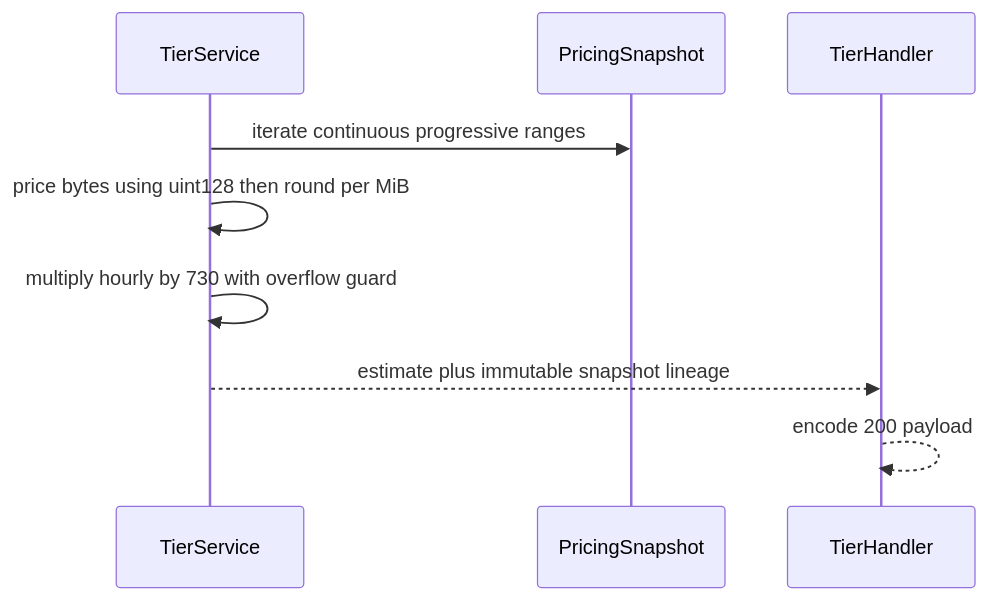
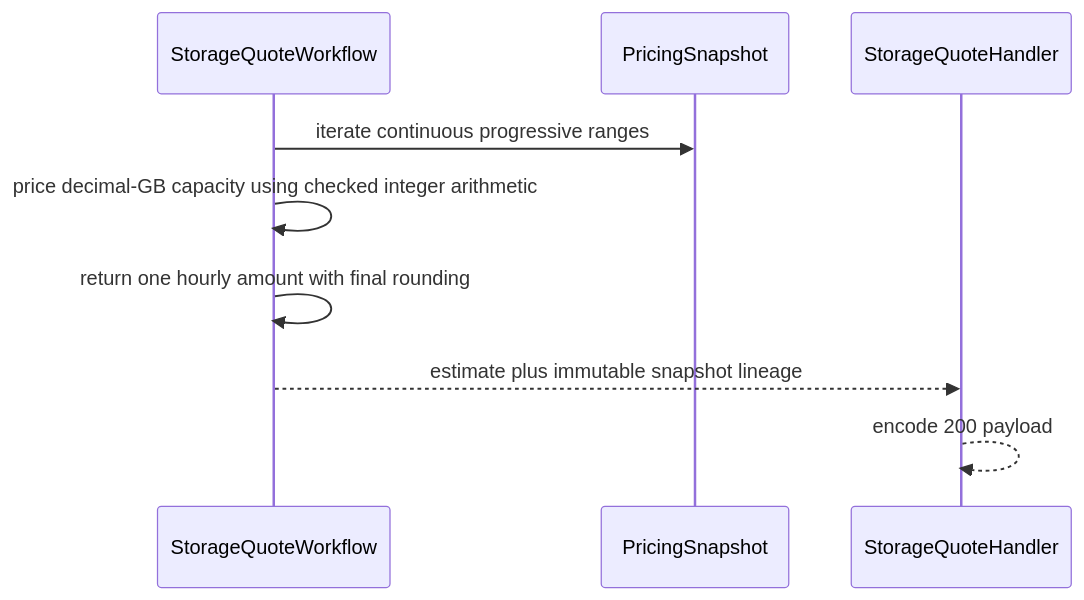
The third of 3 diagrams in god_view/billing/billing_personal_storage_estimate_god_view.md (phucle996/aurora), drawn with Mermaid before and after one commit. The commit also changed other lines of this file and 10 other files, not shown here.

Commit message:
refactor(storage): switch quote and UI to hourly payg

````diff
--- a/god_view/billing/billing_personal_storage_estimate_god_view.md
+++ b/god_view/billing/billing_personal_storage_estimate_god_view.md
@@ -135,11 +145,11 @@
 ```mermaid
 sequenceDiagram
-    participant S as TierService
+    participant S as StorageQuoteWorkflow
     participant PS as PricingSnapshot
-    participant H as TierHandler
+    participant H as StorageQuoteHandler
     S->>PS: iterate continuous progressive ranges
-    S->>S: price bytes using uint128 then round per MiB
-    S->>S: multiply hourly by 730 with overflow guard
+    S->>S: price decimal-GB capacity using checked integer arithmetic
+    S->>S: return one hourly amount with final rounding
     S-->>H: estimate plus immutable snapshot lineage
     H-->>H: encode 200 payload
 ```
````
